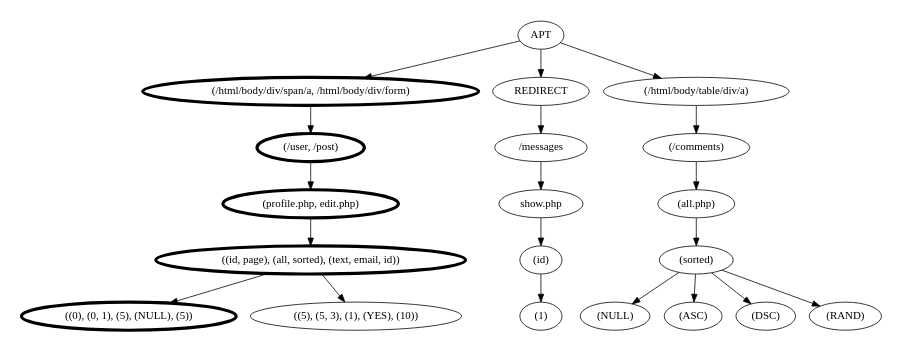
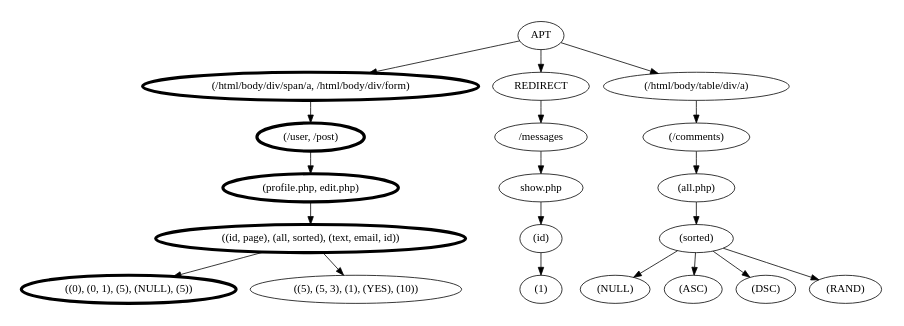
Before and after one commit to adamdoupe/dissertation: the diagram in black-box/enemy-of-the-state/figures/abstract_page_tree.dot, drawn with Graphviz. The commit also changed 140 other files, not shown here.

```diff
--- a/black-box/enemy-of-the-state/figures/abstract_page_tree.dot
+++ b/black-box/enemy-of-the-state/figures/abstract_page_tree.dot
@@ -1,45 +1,47 @@
 digraph G{
 	rankdir=TB;
 	size="5,100";
+	ranksep=".4";
+	
 	
 	APT [label="APT"];
 	11 [penwidth="4", label="(/html/body/div/span/a, /html/body/div/form)"];
 	12 [label="REDIRECT"];
 	13 [label="(/html/body/table/div/a)"];
 	21 [penwidth="4", label="(/user, /post)"];
 	22 [label="/messages"];
 	23 [label="(/comments)"];
 	31 [penwidth="4", label="(profile.php, edit.php)"];
 	32 [label="show.php"];
 	33 [label="(all.php)"];
 	41 [penwidth="4", label="((id, page), (all, sorted), (text, email, id))"];
 	42 [label="(id)"];
 	43 [label="(sorted)"];
 	51 [penwidth="4", label="((0), (0, 1), (5), (NULL), (5))"];
 	52 [label="((5), (5, 3), (1), (YES), (10))"];
 	53 [label="(1)"];
 	54 [label="(NULL)"];
 	55 [label="(ASC)"];
 	56 [label="(DSC)"];
 	57 [label="(RAND)"];
 
 	APT -> 11;
 	APT -> 12;
 	APT -> 13;
 	11 -> 21;
 	12 -> 22;
 	13 -> 23;
 	21 -> 31;
 	22 -> 32;
 	23 -> 33;
 	31 -> 41;
 	32 -> 42;
 	33 -> 43;
 	41 -> 51;
 	41 -> 52;
 	42 -> 53;
 	43 -> 54;
 	43 -> 55;
 	43 -> 56;
 	43 -> 57;
 }
```
